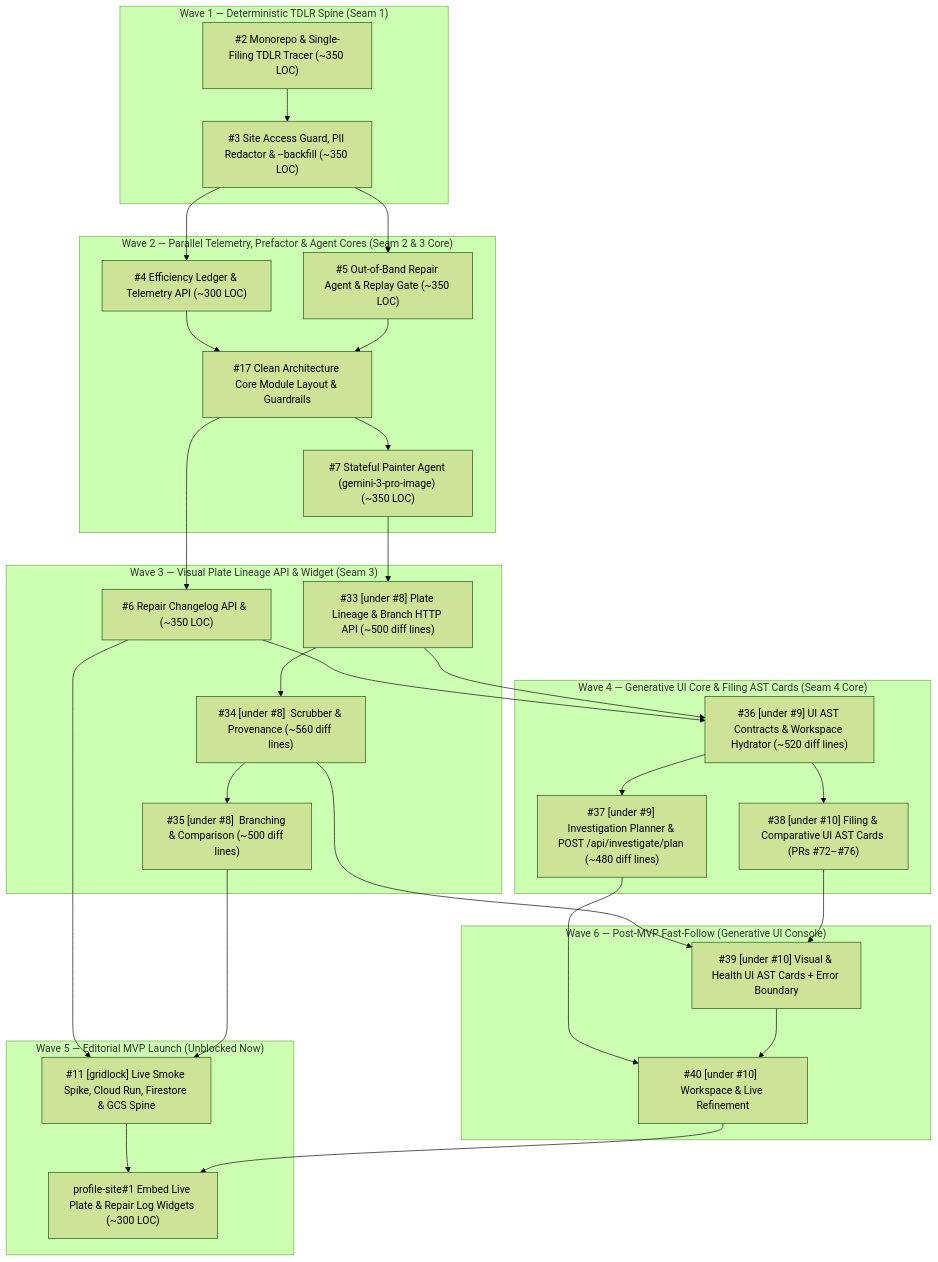
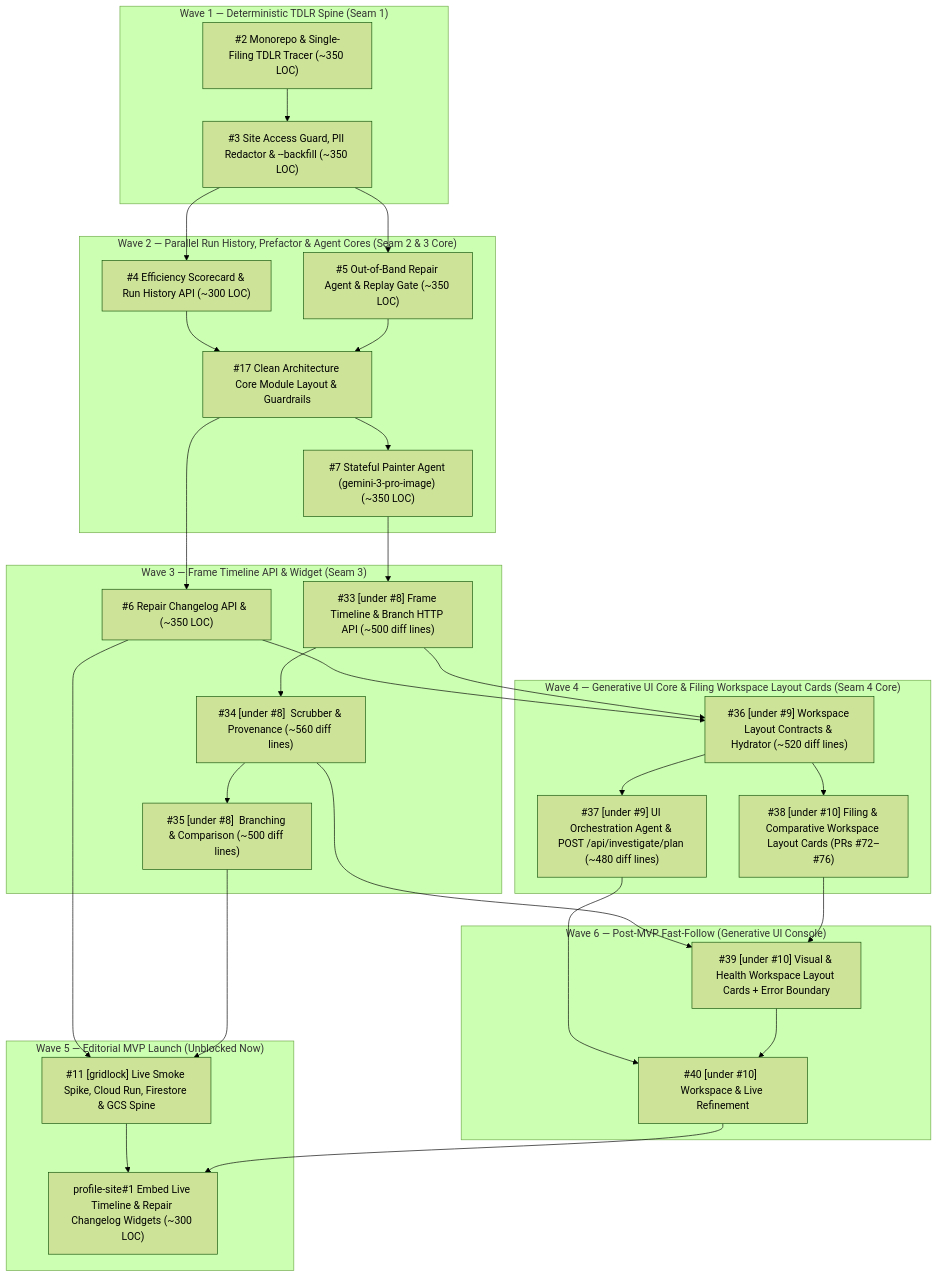
Before and after one commit to samasastudio/gridlock: the diagram in ROADMAP.md, drawn with Mermaid (forest theme). The commit also changed other lines of this file and 5 other files, not shown here.

````diff
--- a/ROADMAP.md
+++ b/ROADMAP.md
@@ -41,42 +41,42 @@
 ```mermaid
 flowchart TD
   subgraph Wave1["Wave 1 — Deterministic TDLR Spine (Seam 1)"]
     T2["#2 Monorepo & Single-Filing TDLR Tracer (~350 LOC)"] --> T3["#3 Site Access Guard, PII Redactor & --backfill (~350 LOC)"]
   end
 
-  subgraph Wave2["Wave 2 — Parallel Telemetry, Prefactor & Agent Cores (Seam 2 & 3 Core)"]
-    T3 --> T4["#4 Efficiency Ledger & Telemetry API (~300 LOC)"]
+  subgraph Wave2["Wave 2 — Parallel Run History, Prefactor & Agent Cores (Seam 2 & 3 Core)"]
+    T3 --> T4["#4 Efficiency Scorecard & Run History API (~300 LOC)"]
     T3 --> T5["#5 Out-of-Band Repair Agent & Replay Gate (~350 LOC)"]
     T4 --> T17["#17 Clean Architecture Core Module Layout & Guardrails"]
     T5 --> T17
     T17 --> T7["#7 Stateful Painter Agent (gemini-3-pro-image) (~350 LOC)"]
   end
 
-  subgraph Wave3["Wave 3 — Visual Plate Lineage API & Widget (Seam 3)"]
-    T17 --> T6["#6 Repair Changelog API & <GridlockRepairLogWidget /> (~350 LOC)"]
-    T7 --> T33["#33 [under #8] Plate Lineage & Branch HTTP API (~500 diff lines)"]
-    T33 --> T34["#34 [under #8] <GridlockPlateWidget /> Scrubber & Provenance (~560 diff lines)"]
-    T34 --> T35["#35 [under #8] <GridlockPlateWidget /> Branching & Comparison (~500 diff lines)"]
+  subgraph Wave3["Wave 3 — Frame Timeline API & Widget (Seam 3)"]
+    T17 --> T6["#6 Repair Changelog API & <GridlockRepairChangelogWidget /> (~350 LOC)"]
+    T7 --> T33["#33 [under #8] Frame Timeline & Branch HTTP API (~500 diff lines)"]
+    T33 --> T34["#34 [under #8] <GridlockTimelineWidget /> Scrubber & Provenance (~560 diff lines)"]
+    T34 --> T35["#35 [under #8] <GridlockTimelineWidget /> Branching & Comparison (~500 diff lines)"]
   end
 
-  subgraph Wave4["Wave 4 — Generative UI Core & Filing AST Cards (Seam 4 Core)"]
-    T6 --> T36["#36 [under #9] UI AST Contracts & Workspace Hydrator (~520 diff lines)"]
+  subgraph Wave4["Wave 4 — Generative UI Core & Filing Workspace Layout Cards (Seam 4 Core)"]
+    T6 --> T36["#36 [under #9] Workspace Layout Contracts & Hydrator (~520 diff lines)"]
     T33 --> T36
-    T36 --> T37["#37 [under #9] Investigation Planner & POST /api/investigate/plan (~480 diff lines)"]
-    T36 --> T38["#38 [under #10] Filing & Comparative UI AST Cards (PRs #72–#76)"]
+    T36 --> T37["#37 [under #9] UI Orchestration Agent & POST /api/investigate/plan (~480 diff lines)"]
+    T36 --> T38["#38 [under #10] Filing & Comparative Workspace Layout Cards (PRs #72–#76)"]
   end
 
   subgraph Wave5["Wave 5 — Editorial MVP Launch (Unblocked Now)"]
     T6 --> T11["#11 [gridlock] Live Smoke Spike, Cloud Run, Firestore & GCS Spine"]
     T35 --> T11
-    T11 --> P1["profile-site#1 Embed Live Plate & Repair Log Widgets (~300 LOC)"]
+    T11 --> P1["profile-site#1 Embed Live Timeline & Repair Changelog Widgets (~300 LOC)"]
   end
 
   subgraph Wave6["Wave 6 — Post-MVP Fast-Follow (Generative UI Console)"]
-    T34 --> T39["#39 [under #10] Visual & Health UI AST Cards + Error Boundary"]
+    T34 --> T39["#39 [under #10] Visual & Health Workspace Layout Cards + Error Boundary"]
     T38 --> T39
     T37 --> T40["#40 [under #10] <GridlockConsoleWidget /> Workspace & Live Refinement"]
     T39 --> T40
     T40 --> P1
   end
 ```
````
